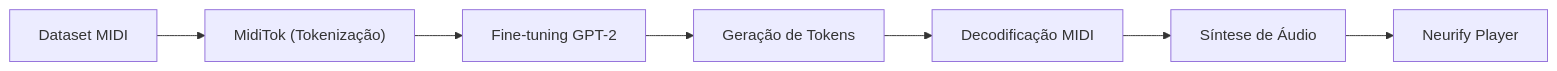
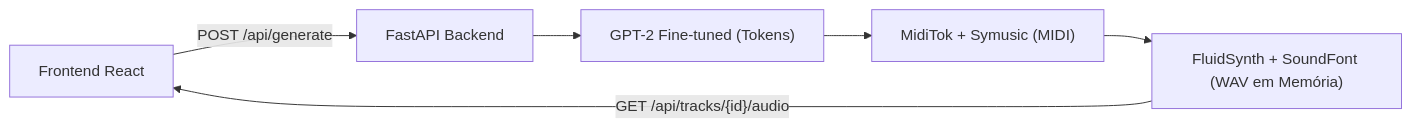
One commit to JoGabTasca/Neurify changed the diagram in README.md. Above: the diagram before and after it, drawn with Mermaid. The commit also changed other lines of this file and 16 other files, not shown here.

Commit message:
feat: implement local FastAPI backend and connect React frontend

````diff
--- a/README.md
+++ b/README.md
@@ -70,9 +57,8 @@
 ```mermaid
 flowchart LR
-    A["Dataset MIDI"] --> B["MidiTok (Tokenização)"]
-    B --> C["Fine-tuning GPT-2"]
-    C --> D["Geração de Tokens"]
-    D --> E["Decodificação MIDI"]
-    E --> F["Síntese de Áudio"]
-    F --> G["Neurify Player"]
+    A["Frontend React"] -->|"POST /api/generate"| B["FastAPI Backend"]
+    B --> C["GPT-2 Fine-tuned (Tokens)"]
+    C --> D["MidiTok + Symusic (MIDI)"]
+    D --> E["FluidSynth + SoundFont (WAV em Memória)"]
+    E -->|"GET /api/tracks/{id}/audio"| A
 ```
````
